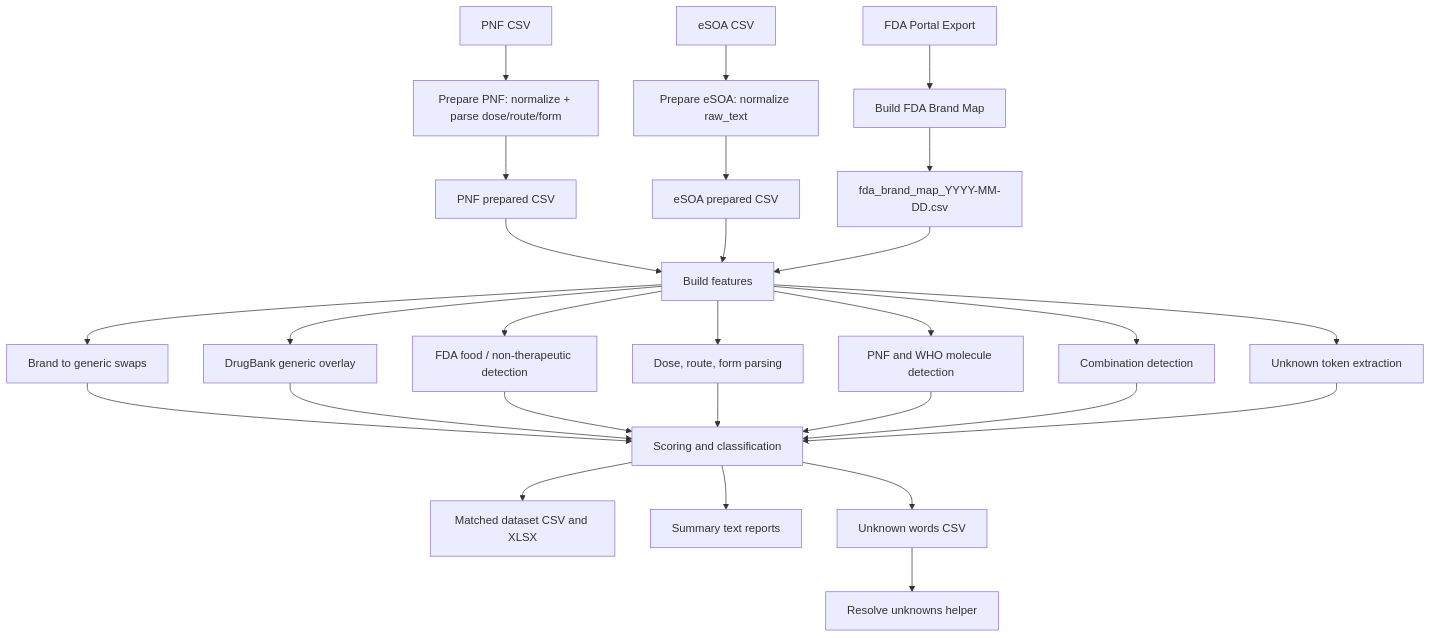
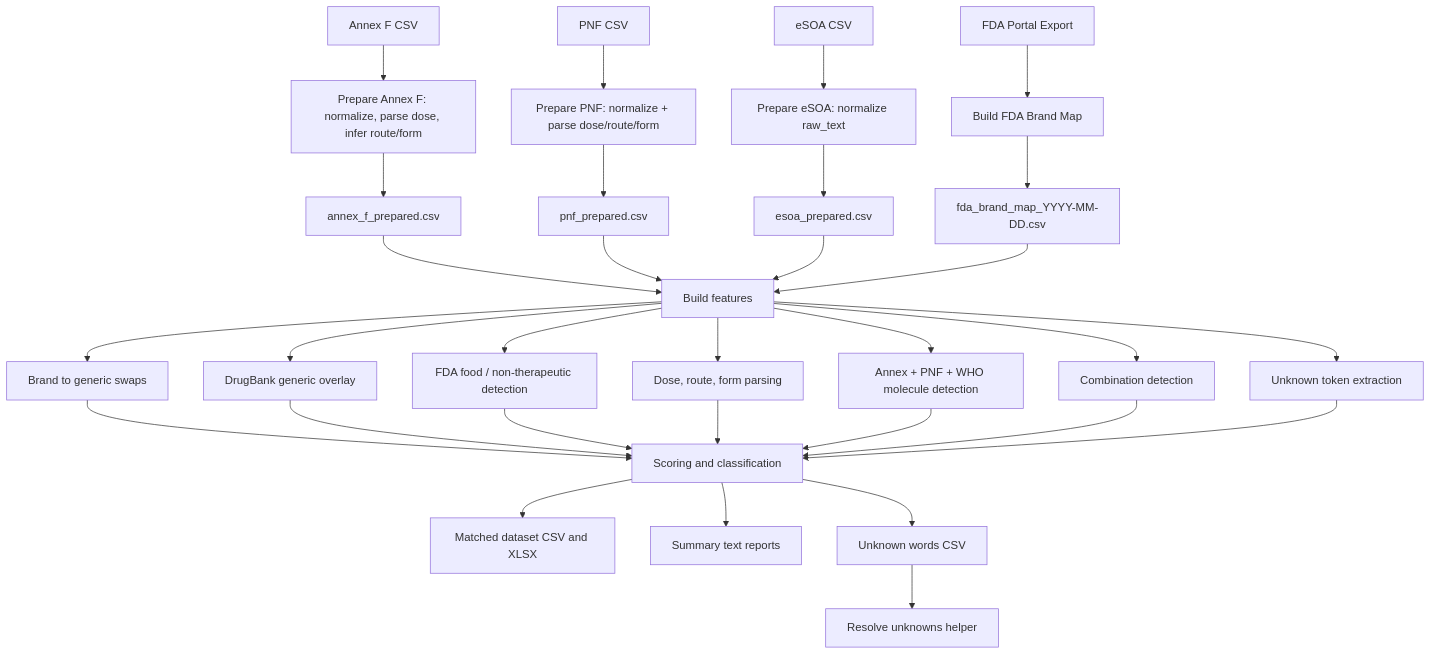
Before and after one commit to carlosresu/esoa: the diagram in README.md, drawn with Mermaid. The commit also changed other lines of this file and 2 other files, not shown here.

Commit message:
Updated the docs to reflect the Annex F–first workflow:
README now introduces Annex F as the authoritative source, updates the pipeline flowchart, CLI usage, and supervisor follow-ups (README.md:3-109, README.md:325-351).
Pipeline walkthrough highlights the new Annex-prepared inputs, priority ordering, additional metadata in outputs, and refreshed Auto-Accept/Needs-Review guidance (pipeline.md:10-188).
Data dictionary documents the new Annex metadata columns (present_in_annex, reference_*, drug_code_final/primary_code_final) and the updated match labels and review tags (data_dictionary.md:22-210).
Next steps for you:

Resolve the 87 Annex rows (mostly powders/concentrates/dialysis solutions) that still lack confident route/form inference—either extend the heuristics or flag them for manual curation before trusting Auto-Accept.
Re-run the full pipeline once you can install dependencies offline (python run.py --skip-r --skip-brandmap --skip-excel) to verify Annex-driven IDs end-to-end.
Align the review workflow with the new match_molecule(s) values so dashboards and summaries pivot on the Annex vs. PNF source split.
No automated tests were run (documentation-only changes).

````diff
--- a/README.md
+++ b/README.md
@@ -54,34 +59,37 @@
 ```mermaid
 flowchart TD
-    A[PNF CSV] --> B[Prepare PNF: normalize + parse dose/route/form]
-    A2[eSOA CSV] --> C[Prepare eSOA: normalize raw_text]
-    B --> D[PNF prepared CSV]
-    C --> E[eSOA prepared CSV]
+    A[Annex F CSV] --> B[Prepare Annex F: normalize, parse dose, infer route/form]
+    A2[PNF CSV] --> C[Prepare PNF: normalize + parse dose/route/form]
+    A3[eSOA CSV] --> D[Prepare eSOA: normalize raw_text]
+    B --> E[annex_f_prepared.csv]
+    C --> F[pnf_prepared.csv]
+    D --> G[esoa_prepared.csv]
 
-    F[FDA Portal Export] --> G[Build FDA Brand Map]
-    G --> H[fda_brand_map_YYYY-MM-DD.csv]
+    H[FDA Portal Export] --> I[Build FDA Brand Map]
+    I --> J[fda_brand_map_YYYY-MM-DD.csv]
 
-    D --> I[Build features]
-    E --> I
-    H --> I
-    I --> J[Brand to generic swaps]
-    I --> Jb[DrugBank generic overlay]
-    I --> J2[FDA food / non-therapeutic detection]
-    I --> K[Dose, route, form parsing]
-    I --> L[PNF and WHO molecule detection]
-    I --> M[Combination detection]
-    I --> N[Unknown token extraction]
+    E --> K[Build features]
+    F --> K
+    G --> K
+    J --> K
+    K --> L[Brand to generic swaps]
+    K --> Lb[DrugBank generic overlay]
+    K --> L2[FDA food / non-therapeutic detection]
+    K --> M[Dose, route, form parsing]
+    K --> N[Annex + PNF + WHO molecule detection]
+    K --> O[Combination detection]
+    K --> P[Unknown token extraction]
 
-    J --> O[Scoring and classification]
-    Jb --> O
-    J2 --> O
-    K --> O
-    L --> O
-    M --> O
-    N --> O
-    O --> P[Matched dataset CSV and XLSX]
-    O --> Q[Summary text reports]
-    O --> R[Unknown words CSV]
+    L --> Q[Scoring and classification]
+    Lb --> Q
+    L2 --> Q
+    M --> Q
+    N --> Q
+    O --> Q
+    P --> Q
+    Q --> R[Matched dataset CSV and XLSX]
+    Q --> S[Summary text reports]
+    Q --> T[Unknown words CSV]
 
-    R --> S[Resolve unknowns helper]
+    T --> U[Resolve unknowns helper]
 ```
````
